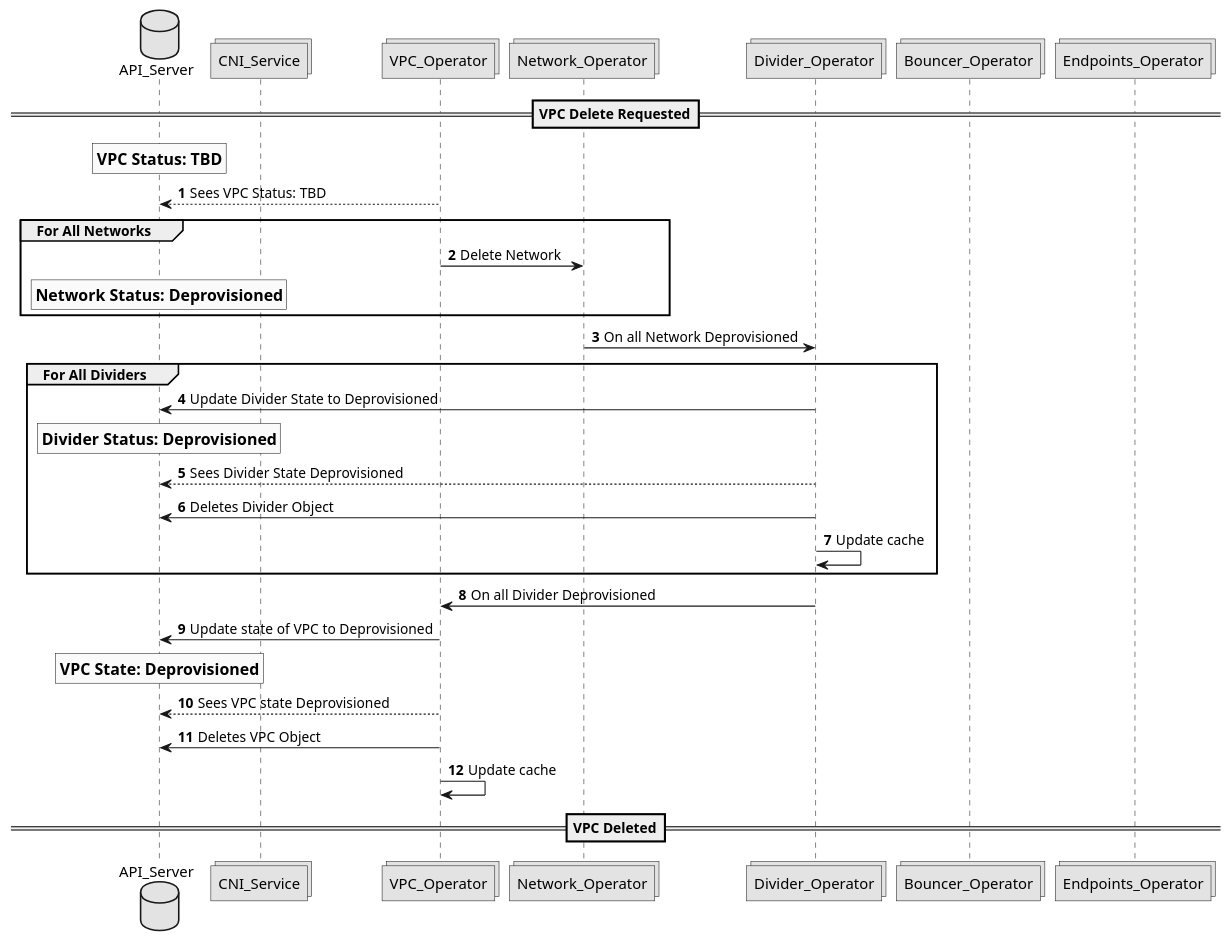
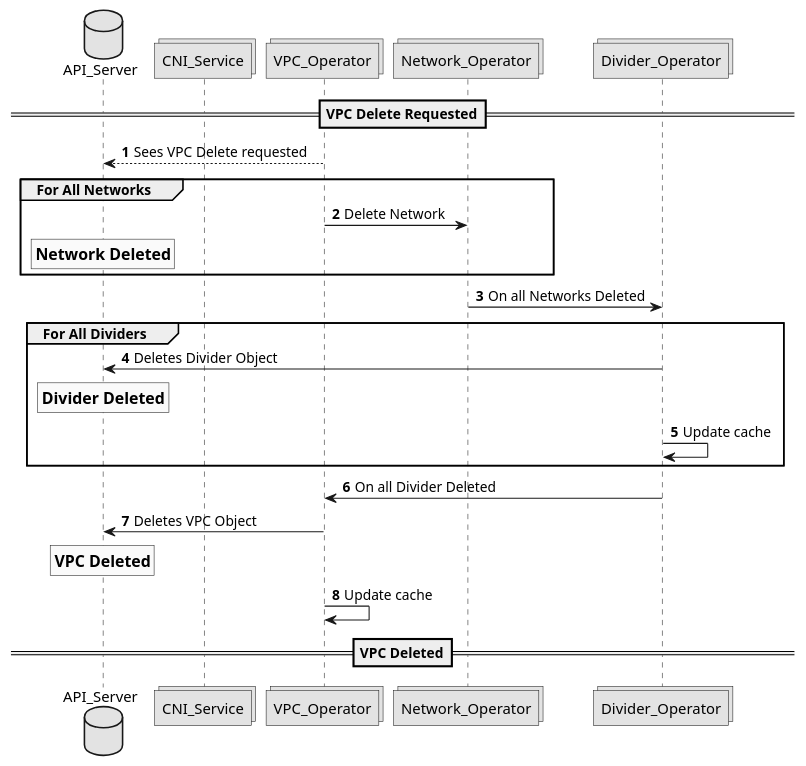
Before and after one commit to CentaurusInfra/mizar: the diagram in docs/design/puml/delete_vpc_workflow.puml, drawn with PlantUML. The commit also changed 6 other files, not shown here.

Commit message:
Simplify Delete Workflow Diagram

```diff
--- a/docs/design/puml/delete_vpc_workflow.puml
+++ b/docs/design/puml/delete_vpc_workflow.puml
@@ -1,38 +1,31 @@
 @startuml
 
 skinparam monochrome true
 skinparam group 10
 
 autonumber
 database API_Server
 collections CNI_Service
 collections VPC_Operator
 collections Network_Operator
 collections Divider_Operator
-collections Bouncer_Operator
-collections Endpoints_Operator
 
 ==VPC Delete Requested==
-rnote over API_Server: ==VPC Status: TBD
-VPC_Operator --> API_Server: Sees VPC Status: TBD
+VPC_Operator --> API_Server: Sees VPC Delete requested
 group For All Networks
 VPC_Operator -> Network_Operator: Delete Network
 
-rnote over API_Server: ==Network Status: Deprovisioned
+rnote over API_Server: ==Network Deleted
 end
-Network_Operator ->  Divider_Operator: On all Network Deprovisioned
+Network_Operator ->  Divider_Operator: On all Networks Deleted
 group For All Dividers
-Divider_Operator -> API_Server: Update Divider State to Deprovisioned
-rnote over API_Server: ==Divider Status: Deprovisioned
-Divider_Operator --> API_Server: Sees Divider State Deprovisioned
 Divider_Operator -> API_Server: Deletes Divider Object
+rnote over API_Server: ==Divider Deleted
 Divider_Operator -> Divider_Operator: Update cache
 end
-Divider_Operator -> VPC_Operator: On all Divider Deprovisioned
-VPC_Operator -> API_Server: Update state of VPC to Deprovisioned
-rnote over API_Server: ==VPC State: Deprovisioned
-VPC_Operator --> API_Server: Sees VPC state Deprovisioned
+Divider_Operator -> VPC_Operator: On all Divider Deleted
 VPC_Operator -> API_Server: Deletes VPC Object
+rnote over API_Server: ==VPC Deleted
 VPC_Operator -> VPC_Operator: Update cache
 ==VPC Deleted==
 @enduml
```
